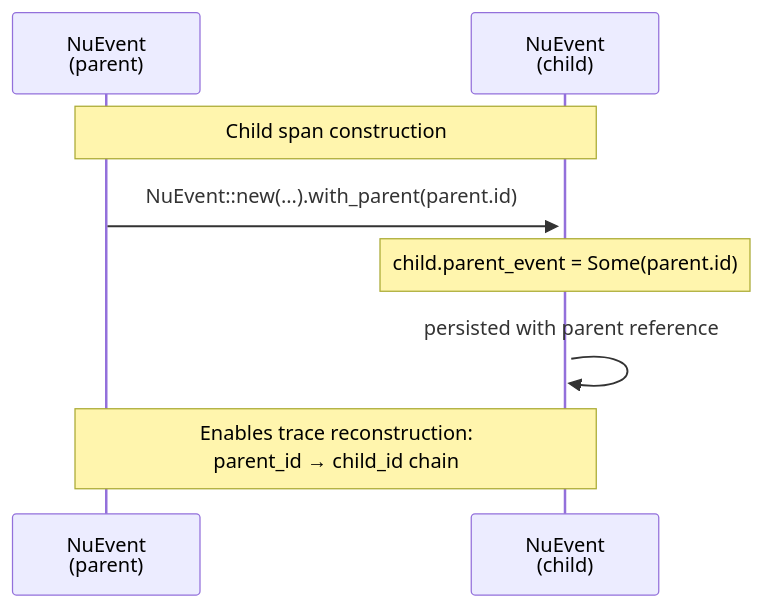
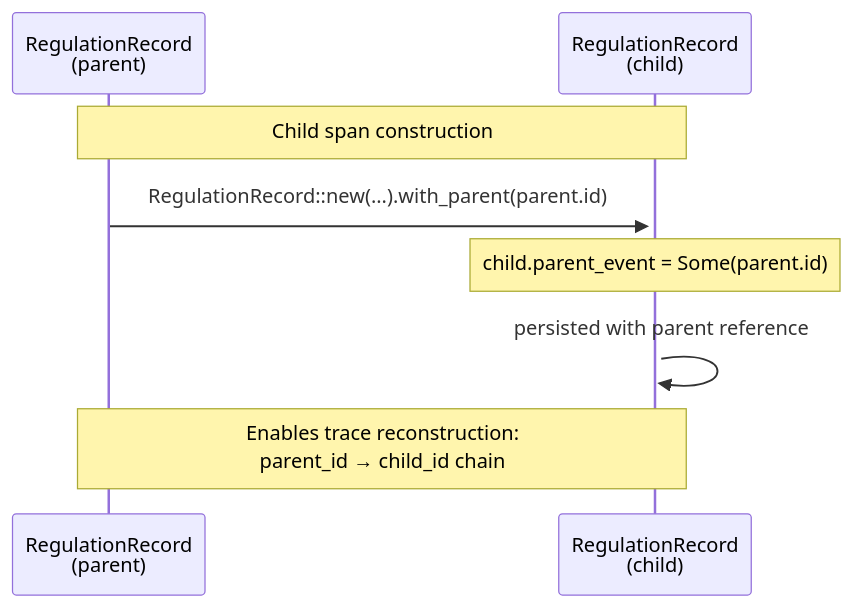
One commit to mdz-axo/hKask changed the tenth of 14 diagrams in docs/explanation/cns-and-loops.md. Above: the diagram before and after it, drawn with Mermaid. The commit also changed other lines of this file and 35 other files, not shown here.

````diff
--- a/docs/explanation/cns-and-loops.md
+++ b/docs/explanation/cns-and-loops.md
@@ -1484,11 +1484,11 @@
 ```mermaid
 sequenceDiagram
-    participant Parent as NuEvent<br/>(parent)
-    participant Child as NuEvent<br/>(child)
+    participant Parent as RegulationRecord<br/>(parent)
+    participant Child as RegulationRecord<br/>(child)
 
     Note over Parent,Child: Child span construction
-    Parent->>+Child: NuEvent::new(...).with_parent(parent.id)
+    Parent->>+Child: RegulationRecord::new(...).with_parent(parent.id)
     Note over Child: child.parent_event = Some(parent.id)
     Child->>+Child: persisted with parent reference
     Note over Parent,Child: Enables trace reconstruction:<br/>parent_id → child_id chain
 ```
````
